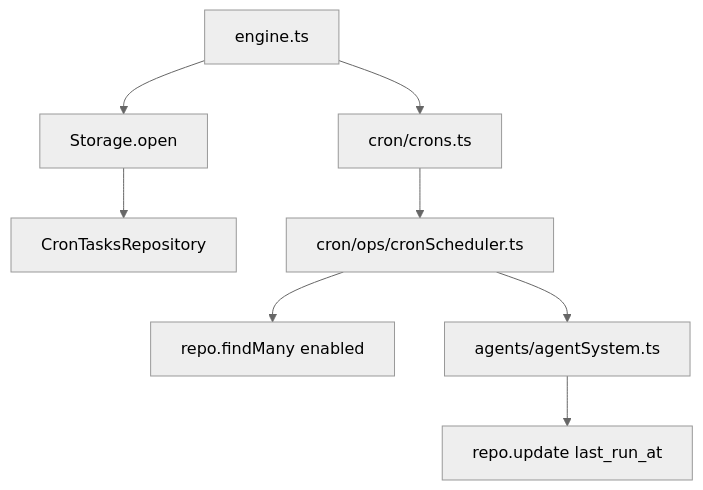
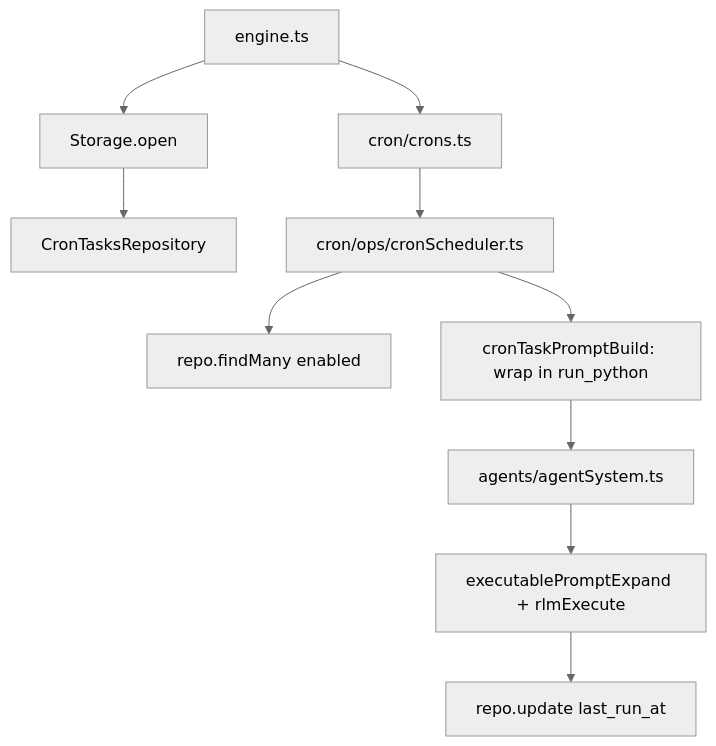
Before and after one commit to ex3ndr/daycare: the diagram in doc/internals/cron.md, drawn with Mermaid (neutral theme). The commit also changed other lines of this file and 11 other files, not shown here.

First line of the commit message:
feat(heartbeat,cron): switch to Python-only code for task prompts

````diff
--- a/doc/internals/cron.md
+++ b/doc/internals/cron.md
@@ -22,10 +24,12 @@
 ```mermaid
 flowchart TD
   Engine[engine.ts] --> Storage[Storage.open]
   Storage --> Repo[CronTasksRepository]
   Engine --> Crons[cron/crons.ts]
   Crons --> Scheduler[cron/ops/cronScheduler.ts]
   Scheduler --> RepoLoad[repo.findMany enabled]
-  Scheduler --> AgentSystem[agents/agentSystem.ts]
-  AgentSystem --> Persist[repo.update last_run_at]
+  Scheduler --> Wrap[cronTaskPromptBuild: wrap in run_python]
+  Wrap --> AgentSystem[agents/agentSystem.ts]
+  AgentSystem --> RLM[executablePromptExpand + rlmExecute]
+  RLM --> Persist[repo.update last_run_at]
 ```
````
